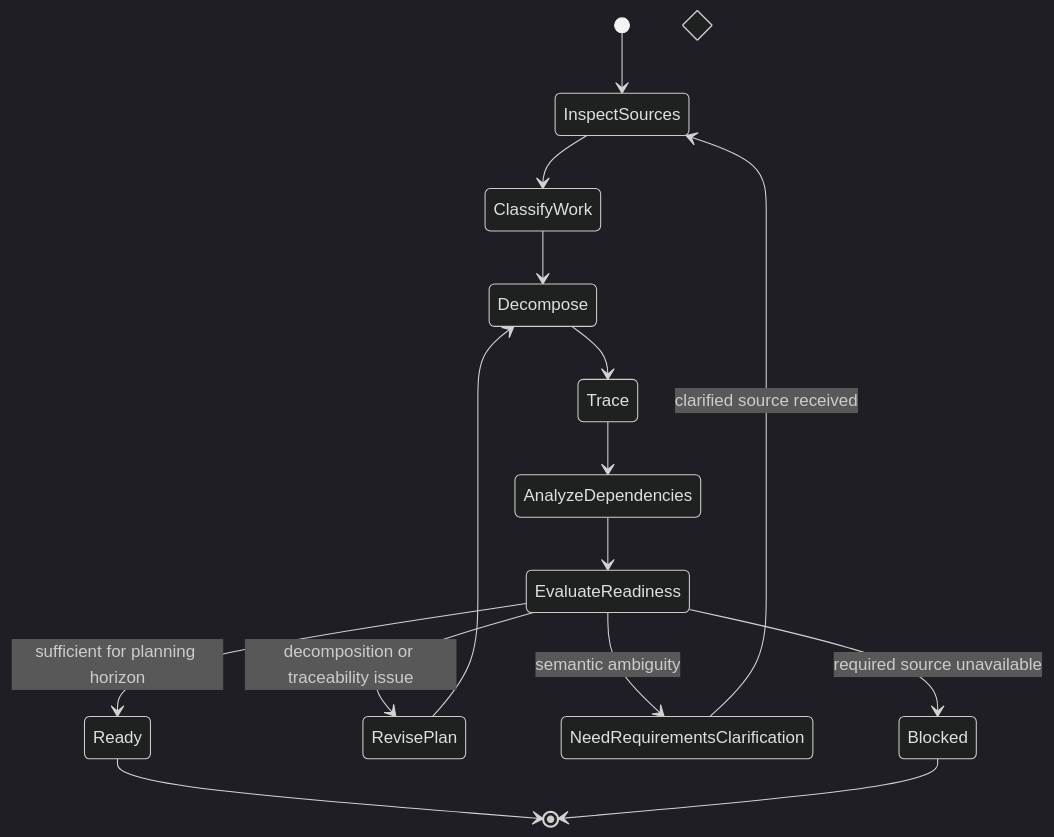
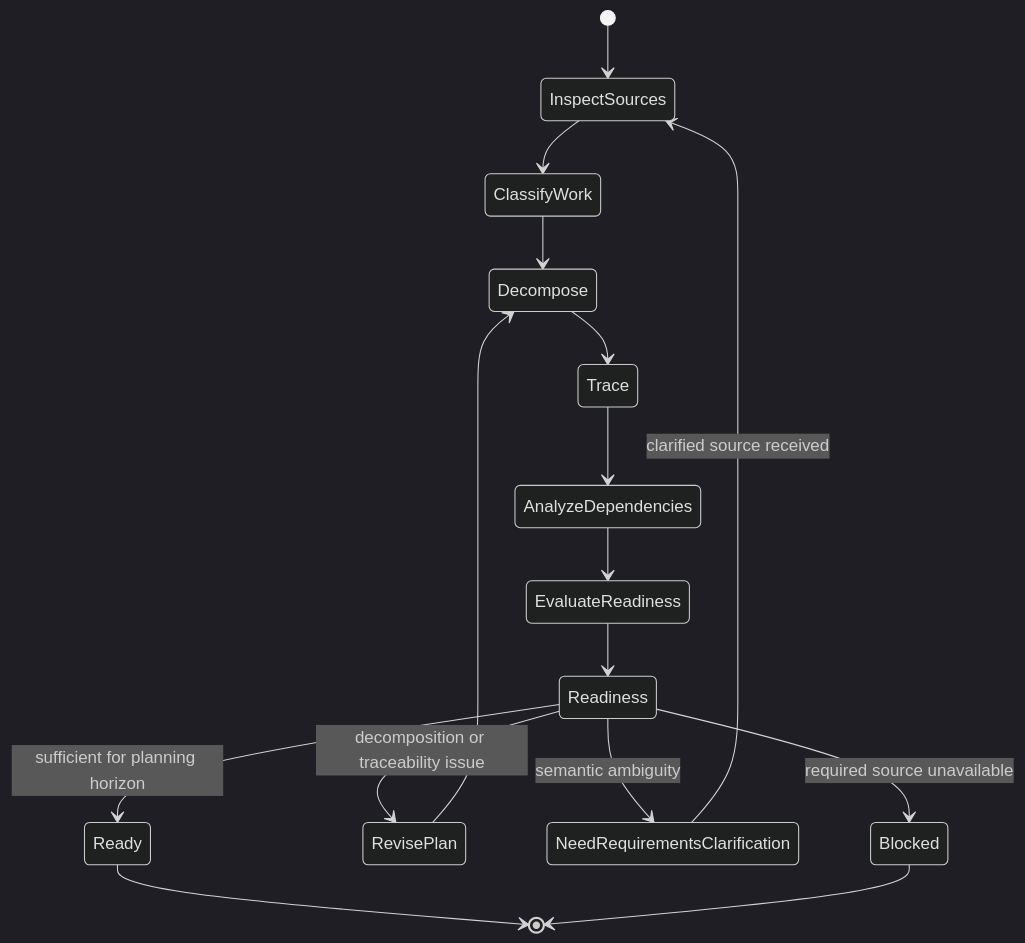
One commit to JadsonLucena/agent-toolkit changed the diagram in contexts/requirements/skills/backlog-planning/skill.md. Above: the diagram before and after it, drawn with Mermaid (dark theme).

Commit message:
fix(requirements): route backlog readiness choice

````diff
--- a/contexts/requirements/skills/backlog-planning/skill.md
+++ b/contexts/requirements/skills/backlog-planning/skill.md
@@ -28,20 +28,21 @@
 ```mermaid
 stateDiagram-v2
     [*] --> InspectSources
     InspectSources --> ClassifyWork
     ClassifyWork --> Decompose
     Decompose --> Trace
     Trace --> AnalyzeDependencies
     AnalyzeDependencies --> EvaluateReadiness
+    EvaluateReadiness --> Readiness
 
     state Readiness <<choice>>
-    EvaluateReadiness --> Ready: sufficient for planning horizon
-    EvaluateReadiness --> RevisePlan: decomposition or traceability issue
-    EvaluateReadiness --> NeedRequirementsClarification: semantic ambiguity
-    EvaluateReadiness --> Blocked: required source unavailable
+    Readiness --> Ready: sufficient for planning horizon
+    Readiness --> RevisePlan: decomposition or traceability issue
+    Readiness --> NeedRequirementsClarification: semantic ambiguity
+    Readiness --> Blocked: required source unavailable
 
     RevisePlan --> Decompose
     NeedRequirementsClarification --> InspectSources: clarified source received
     Ready --> [*]
     Blocked --> [*]
 ```
````
